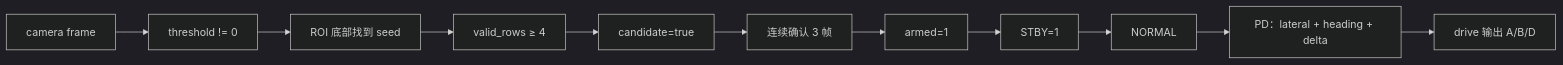
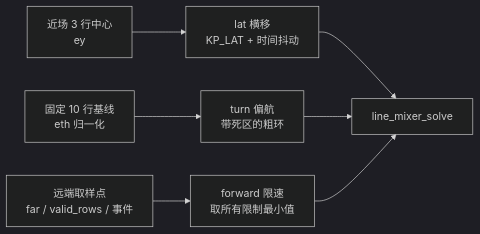
Before and after one commit to cyk579/vscode-esp32s3_testcode: the fourth of 7 diagrams in esp-projects/camera-test/LINE_FOLLOW_FLOW.md, drawn with Mermaid (dark theme). The commit also changed other lines of this file and 2 other files, not shown here.

First line of the commit message:
docs(camera): rewrite the line-follow flow for the new architecture

````diff
--- a/esp-projects/camera-test/LINE_FOLLOW_FLOW.md
+++ b/esp-projects/camera-test/LINE_FOLLOW_FLOW.md
@@ -64,13 +75,9 @@
 ```mermaid
 flowchart LR
-    A[camera frame] --> B[threshold != 0]
-    B --> C[ROI 底部找到 seed]
-    C --> D[valid_rows ≥ 4]
-    D --> E[candidate=true]
-    E --> F[连续确认 3 帧]
-    F --> G[armed=1]
-    G --> H[STBY=1]
-    H --> I[NORMAL]
-    I --> J[PD：lateral + heading + delta]
-    J --> K[drive 输出 A/B/D]
+    A[近场 3 行中心<br/>ey] --> B[lat 横移<br/>KP_LAT + 时间抖动]
+    C[固定 10 行基线<br/>eth 归一化] --> D[turn 偏航<br/>带死区的粗环]
+    E[远端取样点<br/>far / valid_rows / 事件] --> F[forward 限速<br/>取所有限制最小值]
+    B --> G[line_mixer_solve]
+    D --> G
+    F --> G
 ```
````
